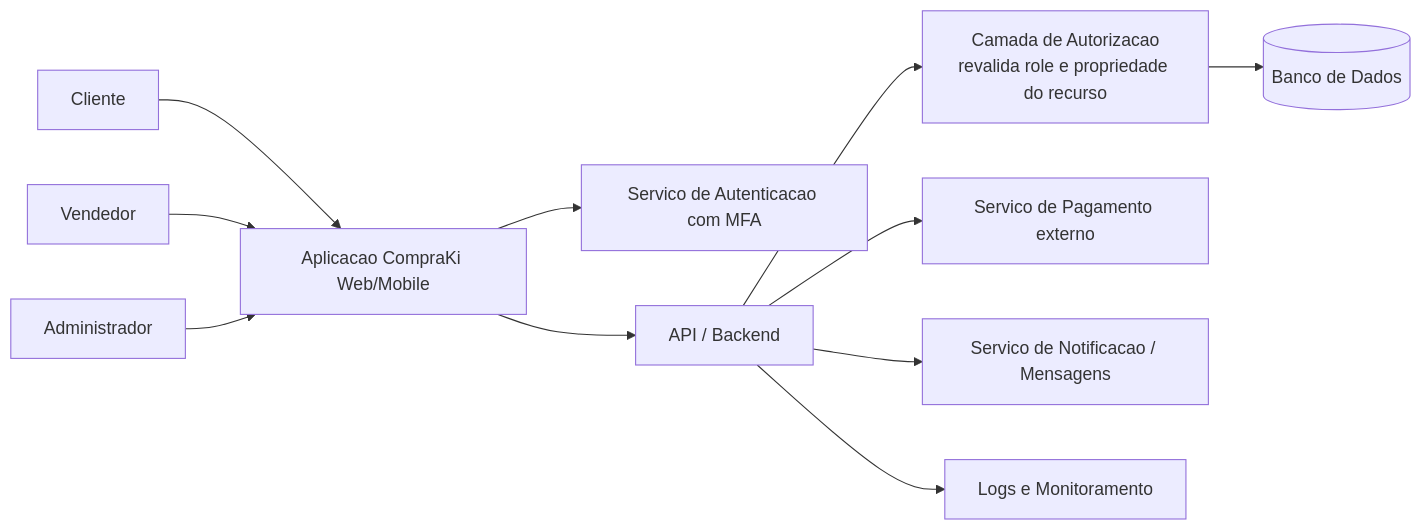
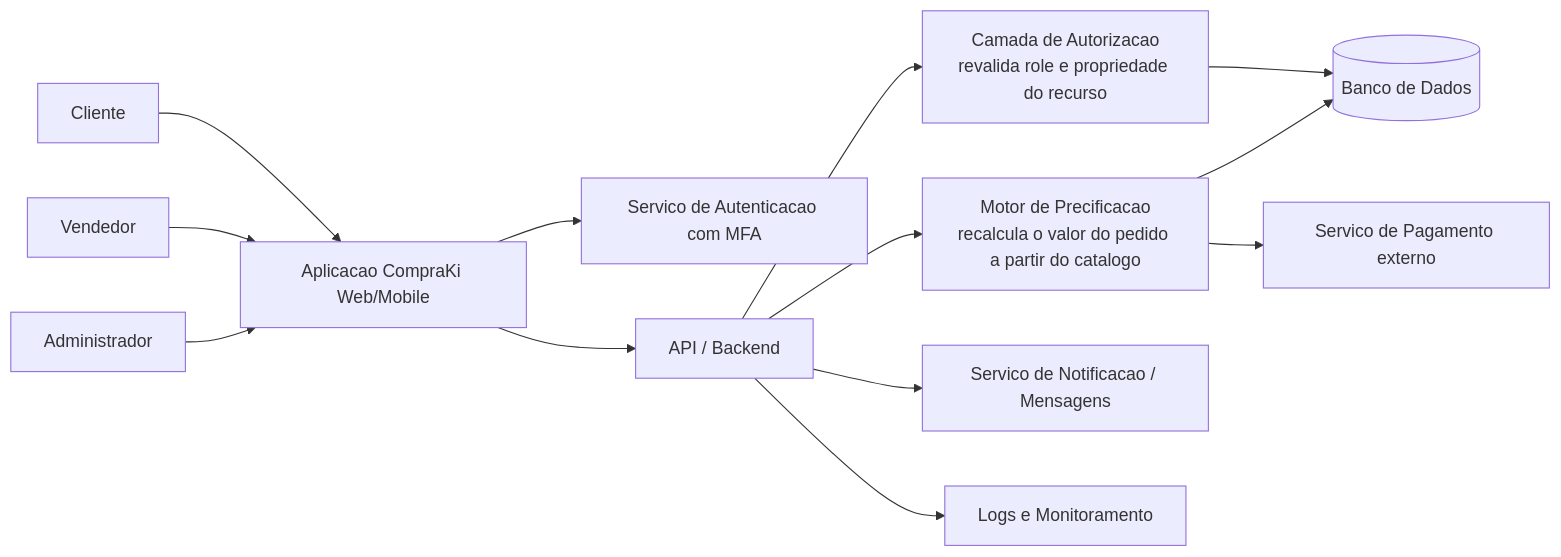
One commit to AlessandroVOliveira/Entrega-software-seguro changed the diagram in diagramas/etapa-3/arquitetura-segura.mmd. Above: the diagram before and after it, drawn with Mermaid. The commit also changed 1 other file, not shown here.

Commit message:
Adiciona motor de precificacao ao diagrama para deixar RS03 explicito
O diagrama cobria RS01 e RS02 por meio da camada de autorizacao, mas
nao tinha nenhum componente representando a revalidacao do valor do
pedido no servidor. Agora nenhuma cobranca chega ao servico de
pagamento sem passar pelo motor de precificacao.

```diff
--- a/diagramas/etapa-3/arquitetura-segura.mmd
+++ b/diagramas/etapa-3/arquitetura-segura.mmd
@@ -1,14 +1,16 @@
 flowchart LR
     Cliente --> App[Aplicacao CompraKi Web/Mobile]
     Vendedor --> App
     Administrador --> App
 
     App --> Auth[Servico de Autenticacao com MFA]
     App --> API[API / Backend]
 
     API --> Authz["Camada de Autorizacao<br/>revalida role e propriedade do recurso"]
     Authz --> DB[(Banco de Dados)]
 
-    API --> Pagamento[Servico de Pagamento externo]
+    API --> Precificacao["Motor de Precificacao<br/>recalcula o valor do pedido a partir do catalogo"]
+    Precificacao --> DB
+    Precificacao --> Pagamento[Servico de Pagamento externo]
     API --> Notificacao[Servico de Notificacao / Mensagens]
     API --> Logs[Logs e Monitoramento]
```
